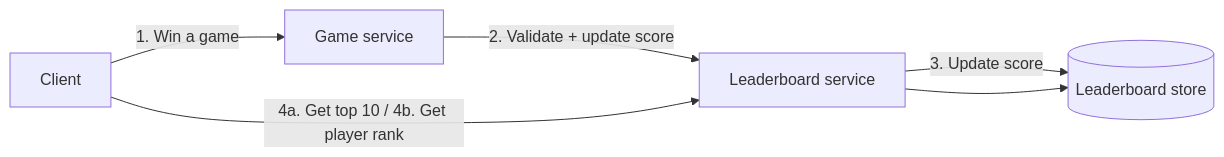
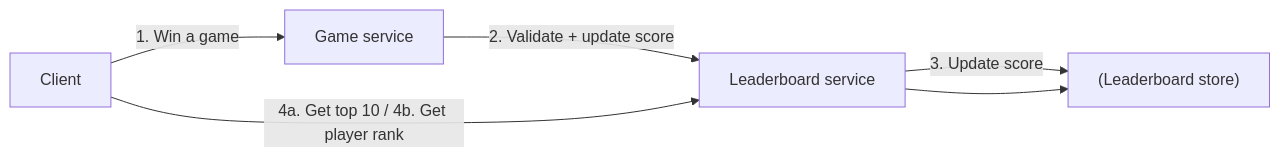
Before and after one commit to pankajThakur1874/studysheet: the first of 2 diagrams in files/Book-System-Design-Vol-2/10-realtime-gaming-leaderboard.md, drawn with Mermaid. The commit also changed other lines of this file and 102 other files, not shown here.

Commit message:
Auto-fix Mermaid diagram syntax across all study guides to prevent Syntax Error in Mermaid v10

````diff
--- a/files/Book-System-Design-Vol-2/10-realtime-gaming-leaderboard.md
+++ b/files/Book-System-Design-Vol-2/10-realtime-gaming-leaderboard.md
@@ -48,8 +48,8 @@
 ```mermaid
 flowchart LR
     Client -->|1. Win a game| Game[Game service]
     Game -->|2. Validate + update score| LB[Leaderboard service]
-    LB -->|3. Update score| Store[(Leaderboard store)]
+    LB -->|3. Update score| Store["(Leaderboard store)"]
     Client -->|4a. Get top 10 / 4b. Get player rank| LB
     LB --> Store
 ```
````
